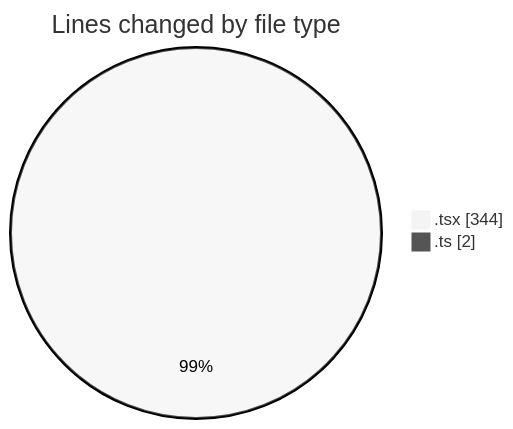
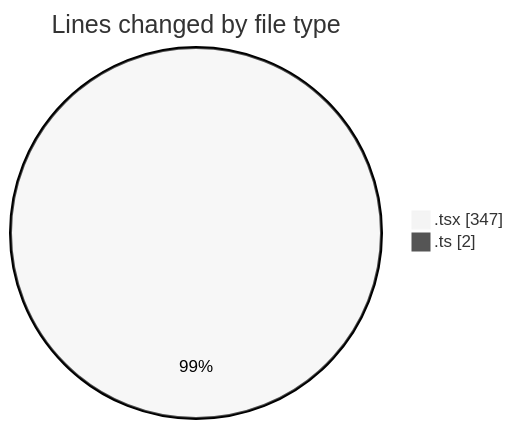
Before and after one commit to robertbonfada/code-tracking: the first of 2 diagrams in 2025-02-19/mbc-web/README.md, drawn with Mermaid (neutral theme). The commit also changed other lines of this file and 1 other file, not shown here.

````diff
--- a/2025-02-19/mbc-web/README.md
+++ b/2025-02-19/mbc-web/README.md
@@ -24,6 +25,6 @@
 ```mermaid
 pie showData
 title Lines changed by file type
-".tsx" : 344
+".tsx" : 347
 ".ts" : 2
 ```
````
